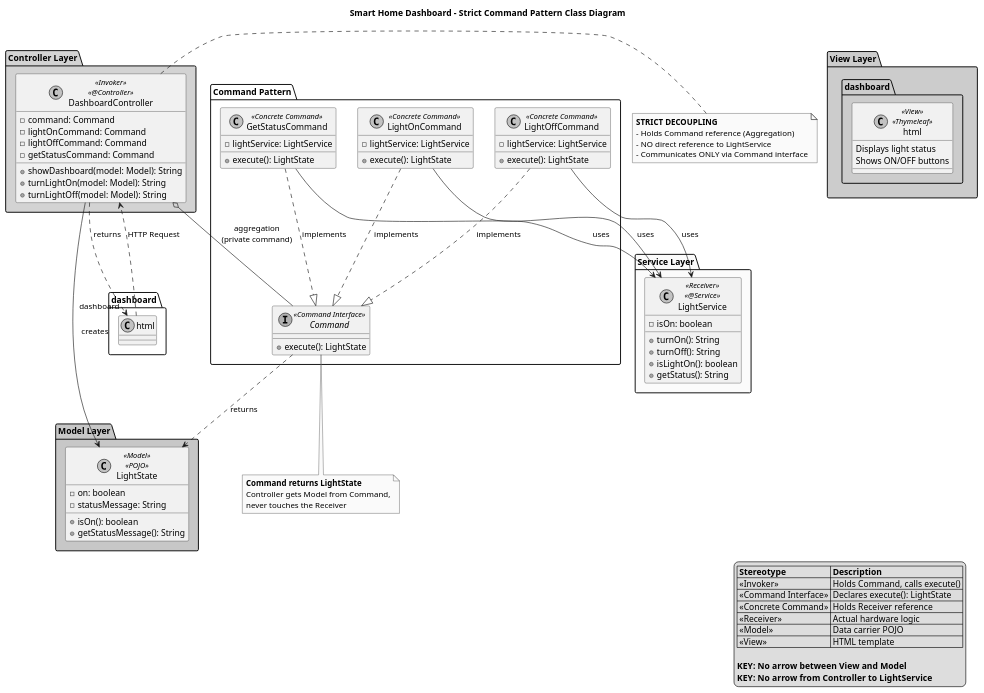
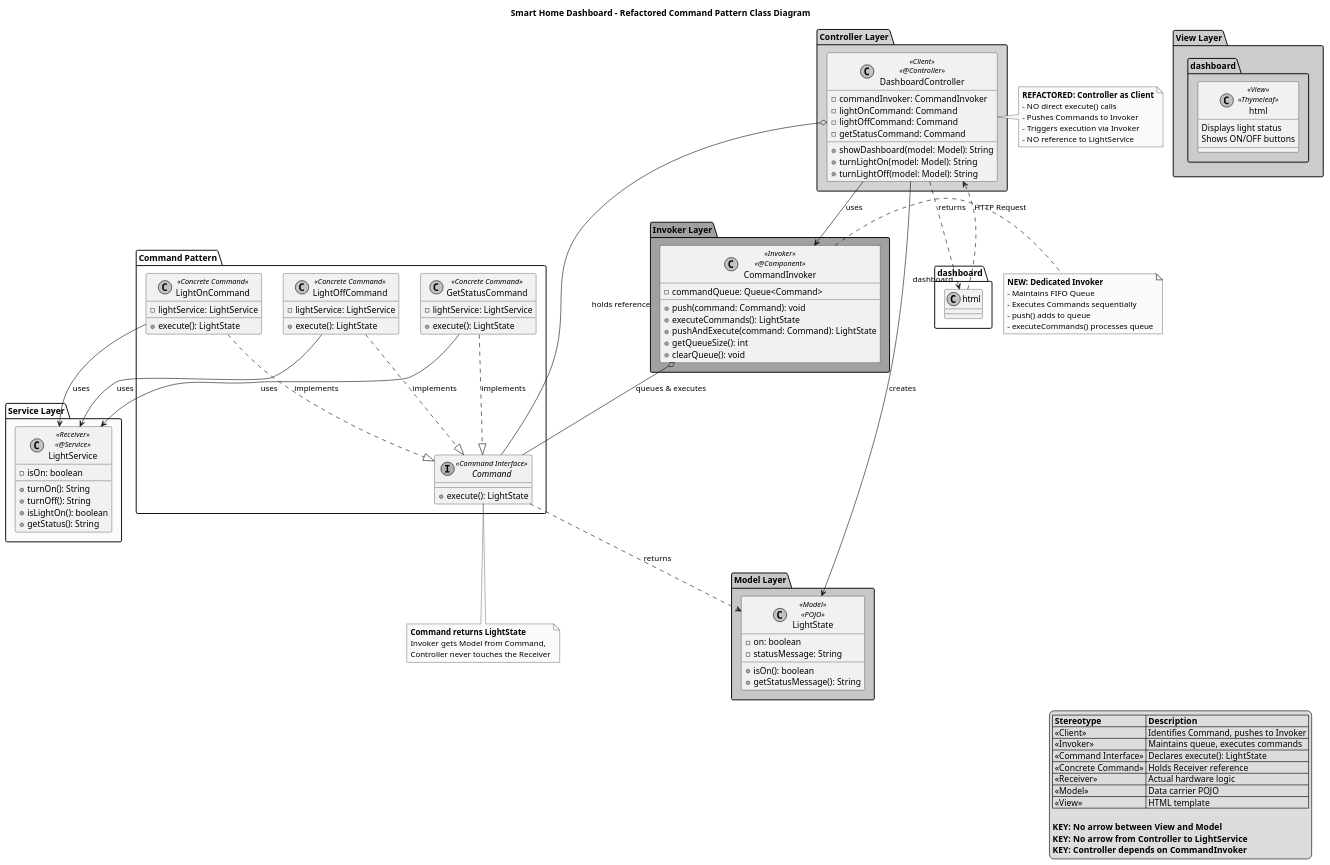
Before and after one commit to Mostafa-abozead/commandpattern-MVC-: the first of 2 diagrams in docs/COMMAND_PATTERN.md, drawn with PlantUML. The commit also changed other lines of this file and 6 other files, not shown here.

Commit message:
Refactor Command Pattern: Add CommandInvoker class with FIFO queue for strict separation of concerns

```diff
--- a/docs/COMMAND_PATTERN.md
+++ b/docs/COMMAND_PATTERN.md
@@ -50,7 +53,7 @@
 skinparam shadowing false
 skinparam monochrome true
 
-title Smart Home Dashboard - Strict Command Pattern Class Diagram
+title Smart Home Dashboard - Refactored Command Pattern Class Diagram
 
 ' ========================================
 ' View Layer
@@ -63,11 +66,11 @@
 }
 
 ' ========================================
-' Controller Layer (Invoker)
+' Controller Layer (Client)
 ' ========================================
 package "Controller Layer" #LightGray {
-    class DashboardController <<Invoker>> <<@Controller>> {
-        -command: Command
+    class DashboardController <<Client>> <<@Controller>> {
+        -commandInvoker: CommandInvoker
         -lightOnCommand: Command
         -lightOffCommand: Command
         -getStatusCommand: Command
@@ -86,6 +89,20 @@
         -statusMessage: String
         +isOn(): boolean
         +getStatusMessage(): String
+    }
+}
+
+' ========================================
+' Invoker
+' ========================================
+package "Invoker Layer" #LightCoral {
+    class CommandInvoker <<Invoker>> <<@Component>> {
+        -commandQueue: Queue<Command>
+        +push(command: Command): void
+        +executeCommands(): LightState
+        +pushAndExecute(command: Command): LightState
+        +getQueueSize(): int
+        +clearQueue(): void
     }
 }
 
@@ -127,11 +144,14 @@
 }
 
 ' ========================================
-' Relationships (Strict Compliance)
+' Relationships (Refactored)
 ' ========================================
 
-' Invoker-Command Aggregation (Controller holds Command reference)
-DashboardController o-- Command : aggregation\n(private command)
+' Controller-Invoker (Controller depends on Invoker)
+DashboardController --> CommandInvoker : uses
+
+' Controller holds Command references (for identification)
+DashboardController o-- Command : holds reference
 
 ' Controller-Model (Controller creates Model)
 DashboardController --> LightState : creates
@@ -141,6 +161,9 @@
 
 ' View requests to Controller
 "dashboard.html" ..> DashboardController : HTTP Request
+
+' Invoker-Command (Invoker queues and executes Commands)
+CommandInvoker o-- Command : queues & executes
 
 ' Command hierarchy
 LightOnCommand ..|> Command : implements
@@ -156,19 +179,28 @@
 GetStatusCommand --> LightService : uses
 
 ' ========================================
-' Notes for Strict Compliance
+' Notes for Refactored Architecture
 ' ========================================
 note right of DashboardController
-  **STRICT DECOUPLING**
-  - Holds Command reference (Aggregation)
-  - NO direct reference to LightService
-  - Communicates ONLY via Command interface
+  **REFACTORED: Controller as Client**
+  - NO direct execute() calls
+  - Pushes Commands to Invoker
+  - Triggers execution via Invoker
+  - NO reference to LightService
+end note
+
+note right of CommandInvoker
+  **NEW: Dedicated Invoker**
+  - Maintains FIFO Queue
+  - Executes Commands sequentially
+  - push() adds to queue
+  - executeCommands() processes queue
 end note
 
 note bottom of Command
   **Command returns LightState**
-  Controller gets Model from Command,
-  never touches the Receiver
+  Invoker gets Model from Command,
+  Controller never touches the Receiver
 end note
 
 ' ========================================
@@ -176,7 +208,8 @@
 ' ========================================
 legend right
   |= Stereotype |= Description |
-  | <<Invoker>> | Holds Command, calls execute() |
+  | <<Client>> | Identifies Command, pushes to Invoker |
+  | <<Invoker>> | Maintains queue, executes commands |
   | <<Command Interface>> | Declares execute(): LightState |
   | <<Concrete Command>> | Holds Receiver reference |
   | <<Receiver>> | Actual hardware logic |
@@ -185,6 +218,7 @@
   
   **KEY: No arrow between View and Model**
   **KEY: No arrow from Controller to LightService**
+  **KEY: Controller depends on CommandInvoker**
 endlegend
 
 @enduml
```
